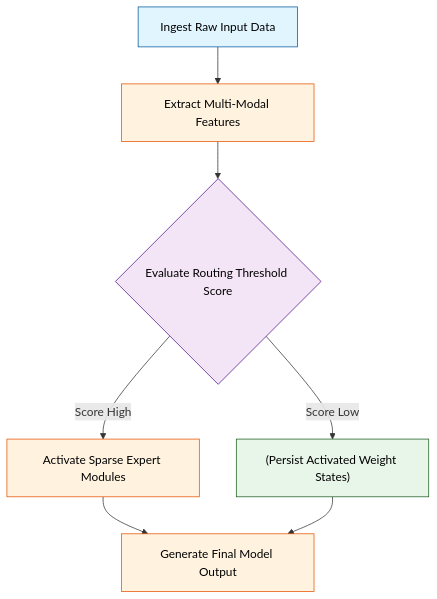
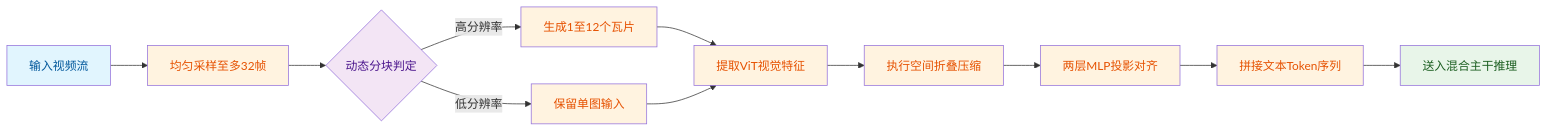
One commit to ShinewineW/paper-rolling changed the eighth of 10 diagrams in person_vault/2026-06-08_CosmosReason1_2503.15558/report.md. Above: the diagram before and after it, drawn with Mermaid. The commit also changed other lines of this file and 51 other files, not shown here.

````diff
--- a/person_vault/2026-06-08_CosmosReason1_2503.15558/report.md
+++ b/person_vault/2026-06-08_CosmosReason1_2503.15558/report.md
@@ -395,21 +458,18 @@
 ```mermaid
-flowchart TD
-    classDef input fill:#e1f5fe,color:#000,stroke:#01579b
-    classDef process fill:#fff3e0,color:#000,stroke:#e65100
-    classDef decision fill:#f3e5f5,color:#000,stroke:#4a148c
-    classDef storage fill:#e8f5e9,color:#000,stroke:#1b5e20
+flowchart LR
+    classDef input fill:#e1f5fe,color:#01579b
+    classDef process fill:#fff3e0,color:#e65100
+    classDef decision fill:#f3e5f5,color:#4a148c
+    classDef output fill:#e8f5e9,color:#1b5e20
 
-    ingest_raw_data["Ingest Raw Input Data"]:::input
-    extract_multi_features["Extract Multi-Modal Features"]:::process
-    evaluate_routing_score{Evaluate Routing Threshold Score}:::decision
-    activate_sparse_experts["Activate Sparse Expert Modules"]:::process
-    persist_activated_weights["(Persist Activated Weight States)"]:::storage
-    generate_final_output["Generate Final Model Output"]:::process
-
-    ingest_raw_data --> extract_multi_features
-    extract_multi_features --> evaluate_routing_score
-    evaluate_routing_score -->|Score High| activate_sparse_experts
-    evaluate_routing_score -->|Score Low| persist_activated_weights
-    activate_sparse_experts --> generate_final_output
-    persist_activated_weights --> generate_final_output
+    raw_video["输入视频流"]:::input --> frame_sample["均匀采样至多32帧"]:::process
+    frame_sample --> tile_split{动态分块判定}:::decision
+    tile_split -->|高分辨率| multi_tile["生成1至12个瓦片"]:::process
+    tile_split -->|低分辨率| single_tile["保留单图输入"]:::process
+    multi_tile --> vit_encode["提取ViT视觉特征"]:::process
+    single_tile --> vit_encode
+    vit_encode --> pixel_shuffle["执行空间折叠压缩"]:::process
+    pixel_shuffle --> proj_mlp["两层MLP投影对齐"]:::process
+    proj_mlp --> concat_text["拼接文本Token序列"]:::process
+    concat_text --> hybrid_llm["送入混合主干推理"]:::output
 ```
````
